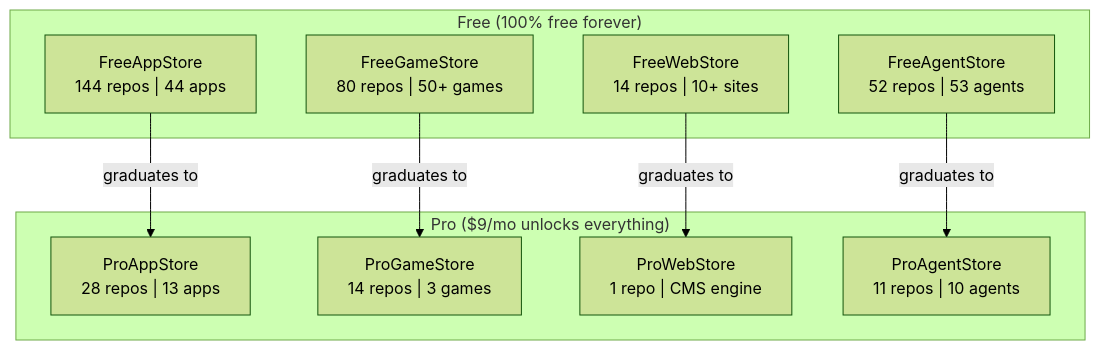
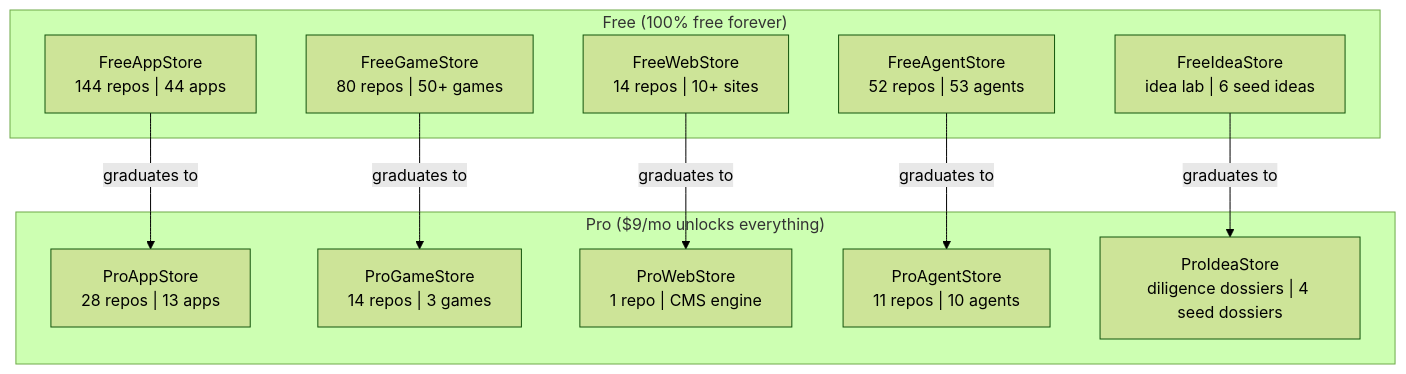
The diagram in docs/index.md (OpenFrontierOne/openfrontier-docs), drawn with Mermaid (forest theme) before and after one commit. The commit also changed other lines of this file and 79 other files, not shown here.

Commit message:
Document FreeIdeaStore and ProIdeaStore

````diff
--- a/docs/index.md
+++ b/docs/index.md
@@ -18,21 +18,24 @@
 ```mermaid
 graph TB
     subgraph "Free (100% free forever)"
         FAS["FreeAppStore<br/>144 repos | 44 apps"]
         FGS["FreeGameStore<br/>80 repos | 50+ games"]
         FWS["FreeWebStore<br/>14 repos | 10+ sites"]
         FAGS["FreeAgentStore<br/>52 repos | 53 agents"]
+        FIS["FreeIdeaStore<br/>idea lab | 6 seed ideas"]
     end
 
     subgraph "Pro ($9/mo unlocks everything)"
         PAS["ProAppStore<br/>28 repos | 13 apps"]
         PGS["ProGameStore<br/>14 repos | 3 games"]
         PWS["ProWebStore<br/>1 repo | CMS engine"]
         PAGS["ProAgentStore<br/>11 repos | 10 agents"]
+        PIS["ProIdeaStore<br/>diligence dossiers | 4 seed dossiers"]
     end
 
     FAS -->|"graduates to"| PAS
     FGS -->|"graduates to"| PGS
     FWS -->|"graduates to"| PWS
     FAGS -->|"graduates to"| PAGS
+    FIS -->|"graduates to"| PIS
 ```
````
